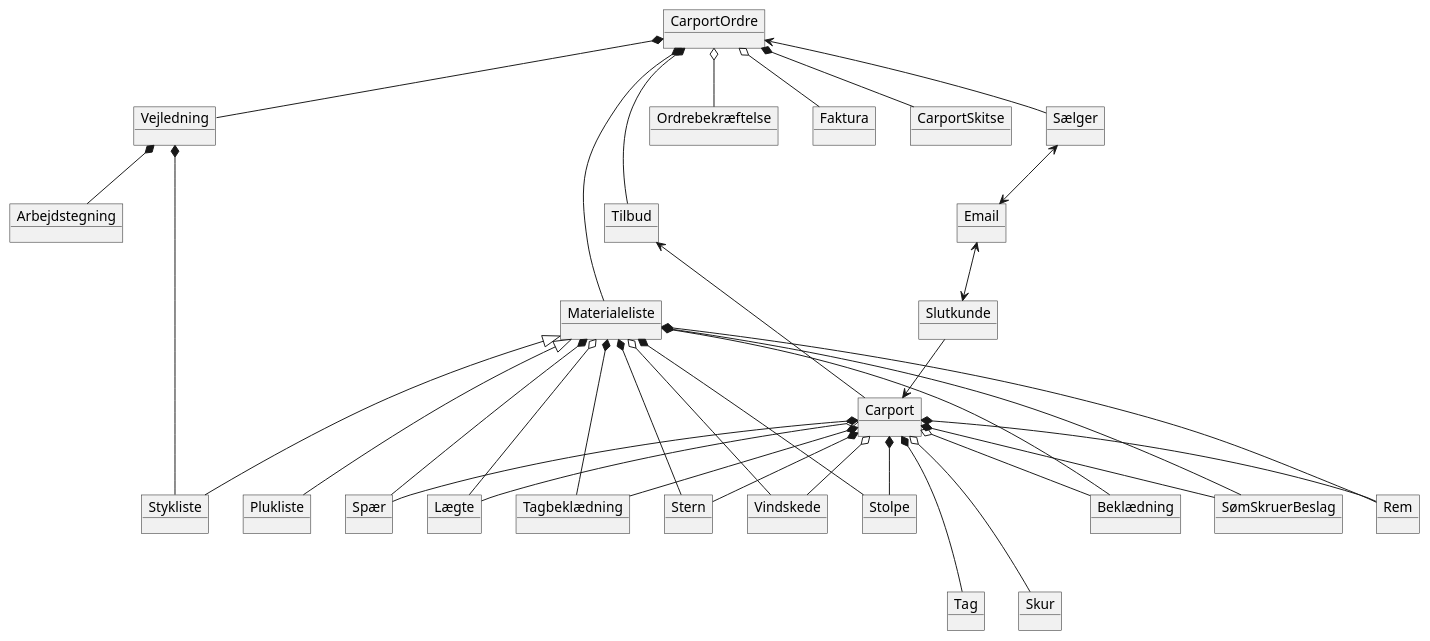
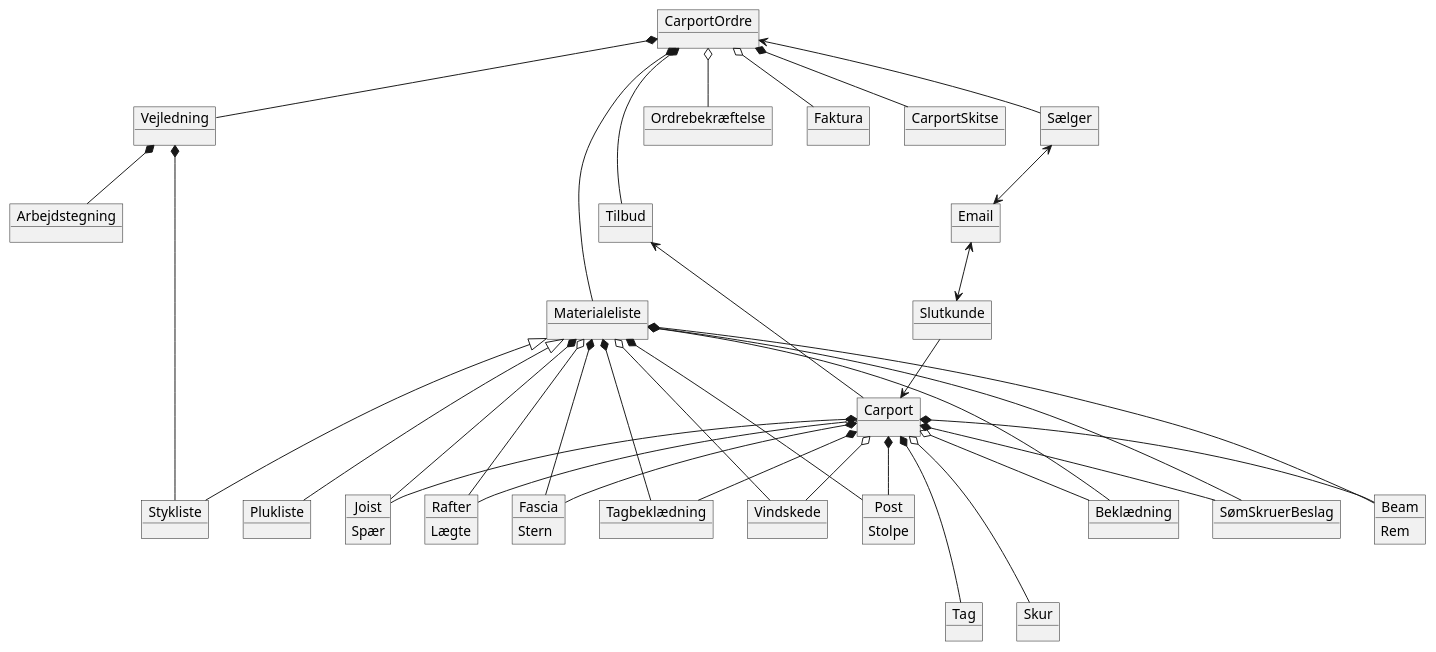
One commit to AndyTheDragon/Fog-projektet changed the diagram in docs/domænemodel.puml. Above: the diagram before and after it, drawn with PlantUML.

Commit message:
Engelske termer på domænemodel

```diff
--- a/docs/domænemodel.puml
+++ b/docs/domænemodel.puml
@@ -1,68 +1,78 @@
 @startuml
 'https://plantuml.com/object-diagram
 
 object CarportOrdre
 object Carport
 object Materialeliste
 object Tilbud
 object Plukliste
 object Stykliste
 object Vejledning
 object Ordrebekræftelse
 object Faktura
 object CarportSkitse
 object Arbejdstegning
-object Stolpe
-object Rem
-object Spær
-object Lægte
+object Post {
+Stolpe
+}
+object Beam {
+Rem
+}
+object Joist {
+Spær
+}
+object Rafter {
+Lægte
+}
+object Fascia {
+Stern
+}
 object Tagbeklædning
-object Stern
 object Vindskede
 object Beklædning
 object SømSkruerBeslag
 object Sælger
 object Slutkunde
 object Email
 object Tag
 object Skur
 
 
 CarportOrdre *-- Tilbud
 CarportOrdre *--- Materialeliste
 CarportOrdre *-- CarportSkitse
 CarportOrdre *-- Vejledning
 CarportOrdre o-- Ordrebekræftelse
 CarportOrdre o-- Faktura
 Vejledning *-- Stykliste
 Vejledning *-- Arbejdstegning
 Materialeliste <|--- Stykliste
 Materialeliste <|--- Plukliste
-Carport *- Stolpe
-Carport *- Rem
-Carport *- Spær
-Carport o-- Lægte
+Carport *- Post
+Carport *- Beam
+Carport *- Joist
+Carport o-- Rafter
 Carport *-- Tagbeklædning
-Carport *-- Stern
+Carport *-- Fascia
 Carport o-- Vindskede
 Carport o-- Beklædning
 Carport *-- SømSkruerBeslag
 Carport *--- Tag
 Carport o--- Skur
-Materialeliste *--- Stolpe
-Materialeliste *--- Spær
-Materialeliste *--- Rem
-Materialeliste o--- Lægte
+Materialeliste *--- Post
+Materialeliste *--- Joist
+Materialeliste *--- Beam
+Materialeliste o--- Rafter
 Materialeliste *--- Tagbeklædning
-Materialeliste *--- Stern
+Materialeliste *--- Fascia
 Materialeliste o--- Vindskede
 Materialeliste o--- Beklædning
 Materialeliste *--- SømSkruerBeslag
 Slutkunde --> Carport
 Tilbud <-- Carport
 CarportOrdre <-- Sælger
 Sælger <--> Email
 Email <--> Slutkunde
 
 
 @enduml
```
